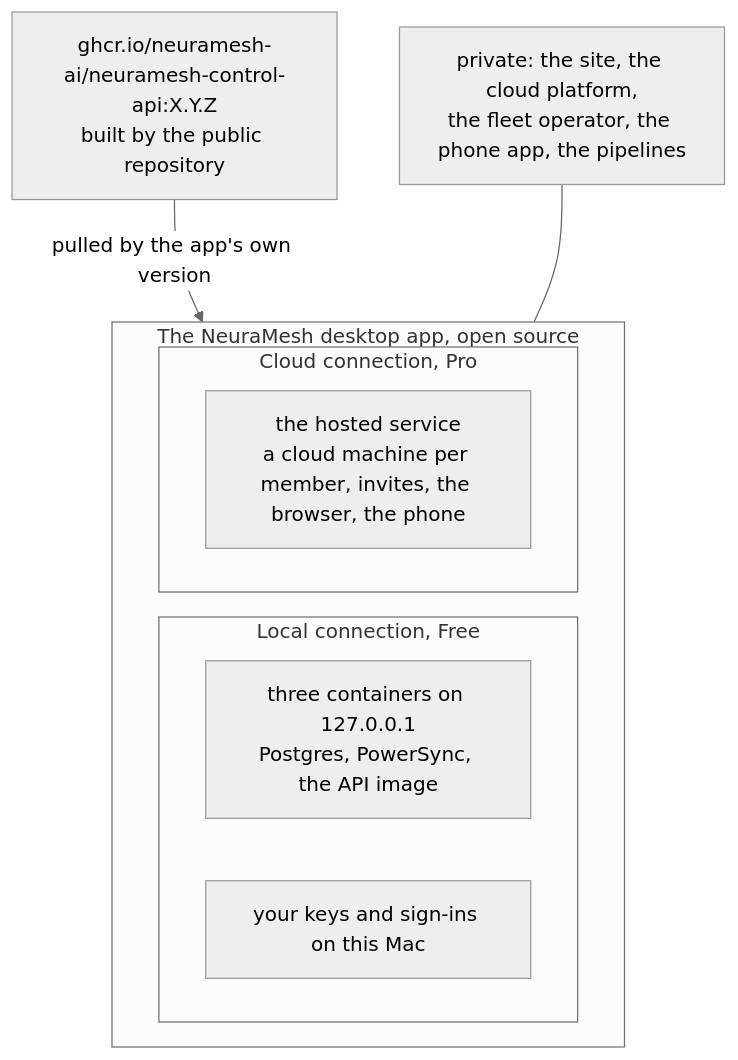
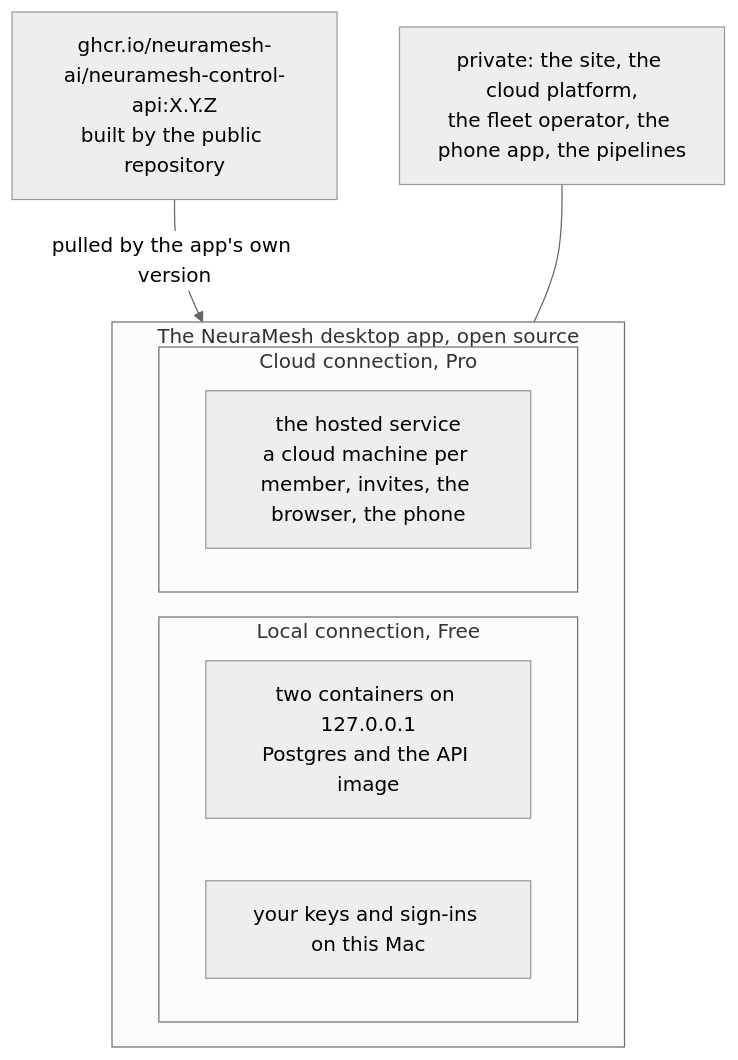
The second of 3 diagrams in docs/43-public-repository.md (neuramesh-ai/neuramesh-oss), drawn with Mermaid (neutral theme) before and after one commit. The commit also changed other lines of this file and 338 other files, not shown here.

````diff
--- a/docs/43-public-repository.md
+++ b/docs/43-public-repository.md
@@ -134,15 +134,15 @@
 ```mermaid
 flowchart TB
   subgraph app["The NeuraMesh desktop app, open source"]
     direction LR
     subgraph local["Local connection, Free"]
-      stack["three containers on 127.0.0.1<br/>Postgres, PowerSync, the API image"]
+      stack["two containers on 127.0.0.1<br/>Postgres and the API image"]
       keys["your keys and sign-ins on this Mac"]
     end
     subgraph cloud["Cloud connection, Pro"]
       hosted["the hosted service<br/>a cloud machine per member, invites, the browser, the phone"]
     end
   end
   image["ghcr.io/neuramesh-ai/neuramesh-control-api:X.Y.Z<br/>built by the public repository"] -- "pulled by the app's own version" --> stack
   priv["private: the site, the cloud platform,<br/>the fleet operator, the phone app, the pipelines"] --- hosted
 ```
````
